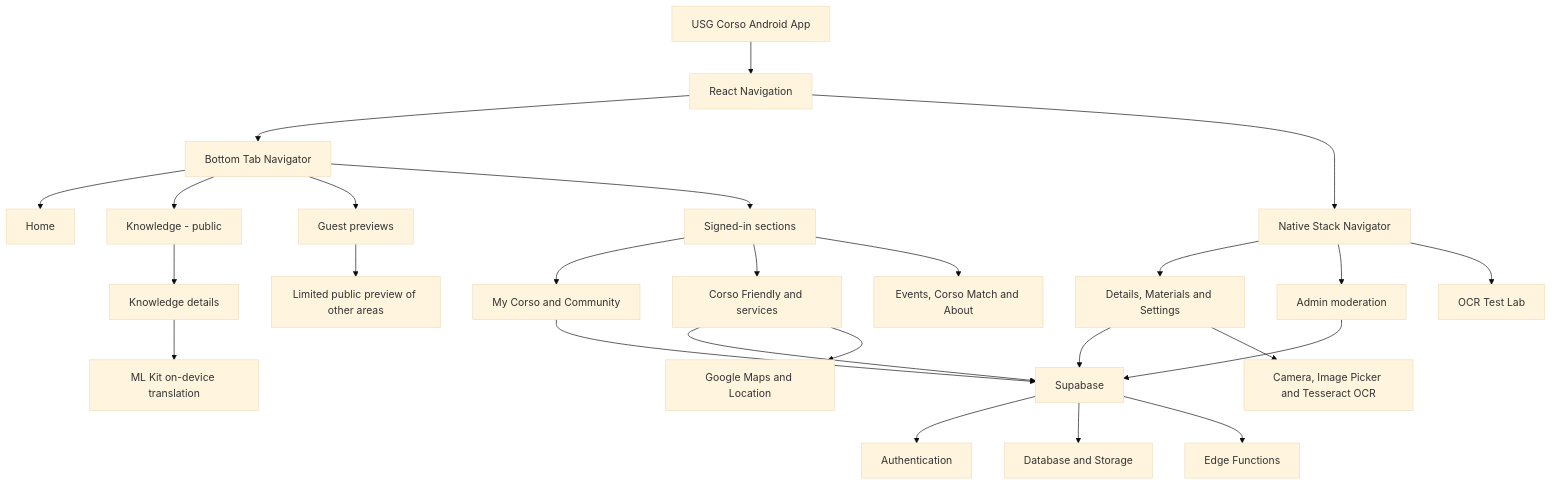
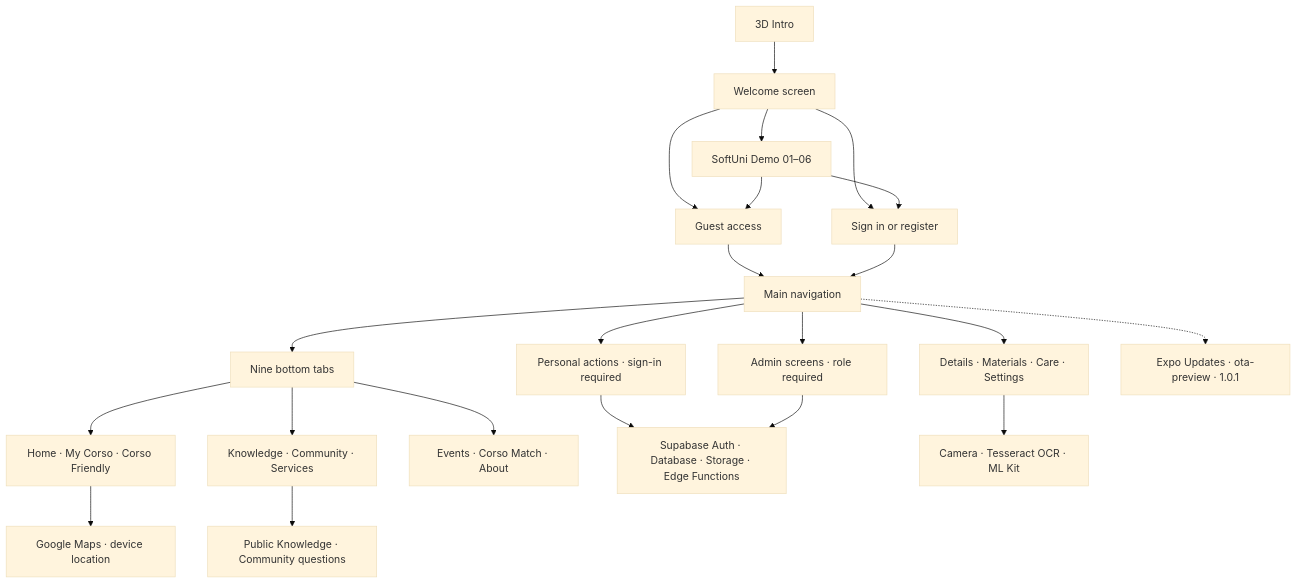
One commit to SATananov/USGCorso changed the diagram in README.md. Above: the diagram before and after it, drawn with Mermaid (base theme). The commit also changed other lines of this file and 3 other files, not shown here.

````diff
--- a/README.md
+++ b/README.md
@@ -145,33 +128,26 @@
 ```mermaid
 flowchart TD
-    APP[USG Corso Android App] --> NAV[React Navigation]
-    NAV --> TABS[Bottom Tab Navigator]
-    NAV --> STACK[Native Stack Navigator]
+    INTRO["3D Intro"] --> WELCOME["Welcome screen"]
+    WELCOME --> DEMO["SoftUni Demo 01–06"]
+    WELCOME --> GUEST["Guest access"]
+    WELCOME --> LOGIN["Sign in or register"]
+    DEMO --> LOGIN
+    DEMO --> GUEST
+    GUEST --> MAIN["Main navigation"]
+    LOGIN --> MAIN
 
-    TABS --> HOME[Home]
-    TABS --> KNOW[Knowledge - public]
-    TABS --> GUEST[Guest previews]
-    TABS --> USER[Signed-in sections]
+    MAIN --> TABS["Nine bottom tabs"]
+    TABS --> GROUP1["Home · My Corso · Corso Friendly"]
+    TABS --> GROUP2["Knowledge · Community · Services"]
+    TABS --> GROUP3["Events · Corso Match · About"]
 
-    KNOW --> DETAILS[Knowledge details]
-    GUEST --> LIMIT[Limited public preview of other areas]
-    USER --> PERSONAL[My Corso and Community]
-    USER --> PLACES[Corso Friendly and services]
-    USER --> MORE[Events, Corso Match and About]
-
-    STACK --> EXTRA[Details, Materials and Settings]
-    STACK --> ADMIN[Admin moderation]
-    STACK --> OCR[OCR Test Lab]
-
-    PERSONAL --> SUPA[Supabase]
-    PLACES --> SUPA
-    EXTRA --> SUPA
+    MAIN --> STACK["Details · Materials · Care · Settings"]
+    MAIN --> ADMIN["Admin screens · role required"]
+    GROUP2 --> PUBLIC["Public Knowledge · Community questions"]
+    MAIN --> PERSONAL["Personal actions · sign-in required"]
+    PERSONAL --> SUPA["Supabase Auth · Database · Storage · Edge Functions"]
     ADMIN --> SUPA
-    SUPA --> AUTH[Authentication]
-    SUPA --> DB[Database and Storage]
-    SUPA --> EDGE[Edge Functions]
-
-    PLACES --> MAP[Google Maps and Location]
-    EXTRA --> MEDIA[Camera, Image Picker and Tesseract OCR]
-    DETAILS --> ML[ML Kit on-device translation]
+    GROUP1 --> MAP["Google Maps · device location"]
+    STACK --> DEVICE["Camera · Tesseract OCR · ML Kit"]
+    MAIN -.-> OTA["Expo Updates · ota-preview · 1.0.1"]
 ```
````
